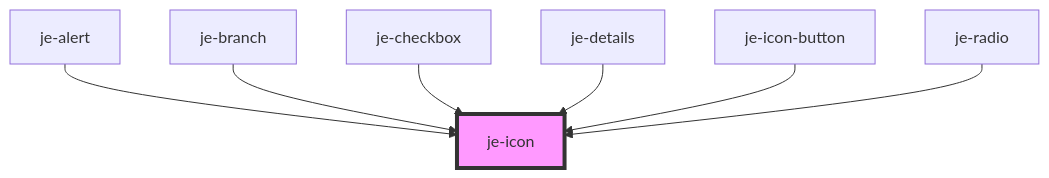
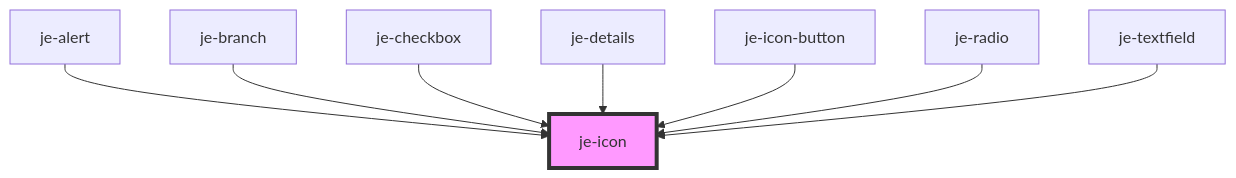
Before and after one commit to pgreen00/jebamo: the diagram in packages/docs/docs/components/je-icon/readme.md, drawn with Mermaid. The commit also changed other lines of this file and 20 other files, not shown here.

````diff
--- a/packages/docs/docs/components/je-icon/readme.md
+++ b/packages/docs/docs/components/je-icon/readme.md
@@ -30,10 +31,11 @@
 ```mermaid
 graph TD;
   je-alert --> je-icon
   je-branch --> je-icon
   je-checkbox --> je-icon
   je-details --> je-icon
   je-icon-button --> je-icon
   je-radio --> je-icon
+  je-textfield --> je-icon
   style je-icon fill:#f9f,stroke:#333,stroke-width:4px
 ```
````
